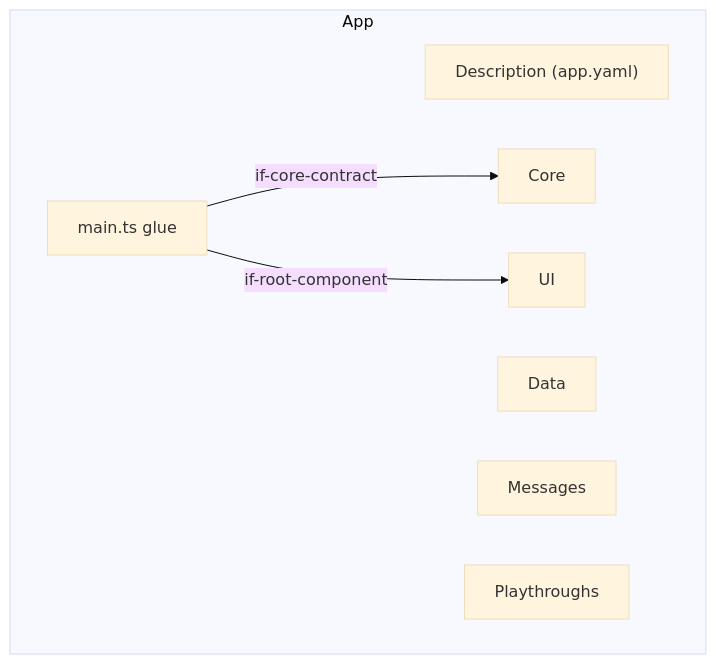
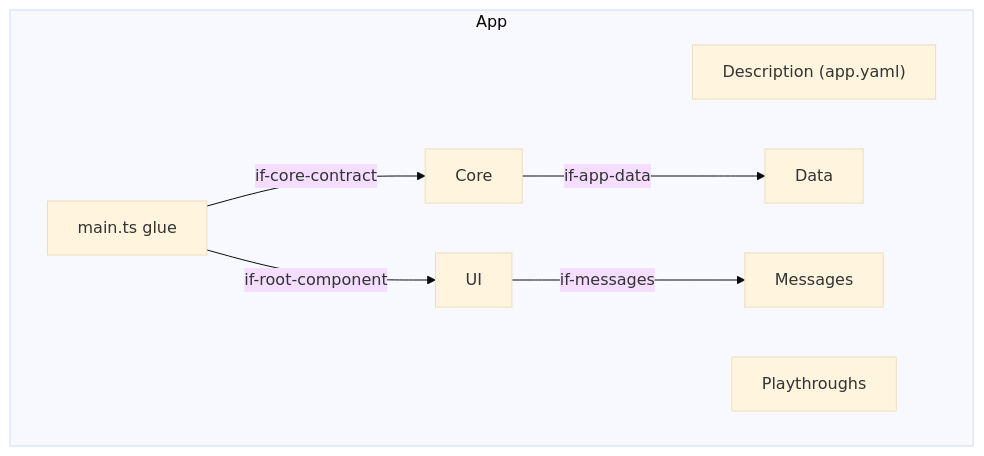
The fourth of 4 diagrams in interactive/docs/arc42/05-building-blocks.arc42.md (lernapps/app-templates), drawn with Mermaid (base theme) before and after one commit. The commit also changed other lines of this file and 12 other files, not shown here.

First line of the commit message:
docs(interactive): the architecture after review

````diff
--- a/interactive/docs/arc42/05-building-blocks.arc42.md
+++ b/interactive/docs/arc42/05-building-blocks.arc42.md
@@ -115,14 +114,16 @@
 ```mermaid
 flowchart TB
     subgraph bb-app["App"]
         bb-description["Description (app.yaml)"]
         bb-main["main.ts glue"]
         bb-core["Core"]
         bb-ui["UI"]
         bb-data["Data"]
         bb-messages["Messages"]
         bb-playthroughs["Playthroughs"]
     end
     bb-main -->|"if-core-contract"| bb-core
     bb-main -->|"if-root-component"| bb-ui
+    bb-core -->|"if-app-data"| bb-data
+    bb-ui -->|"if-messages"| bb-messages
 ```
````
